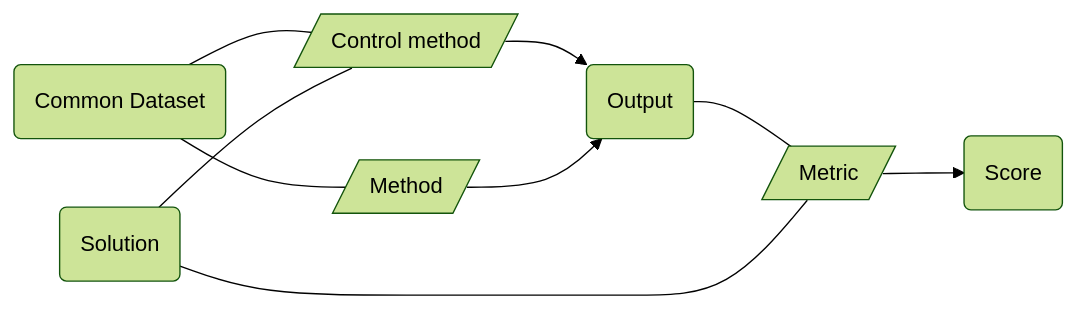
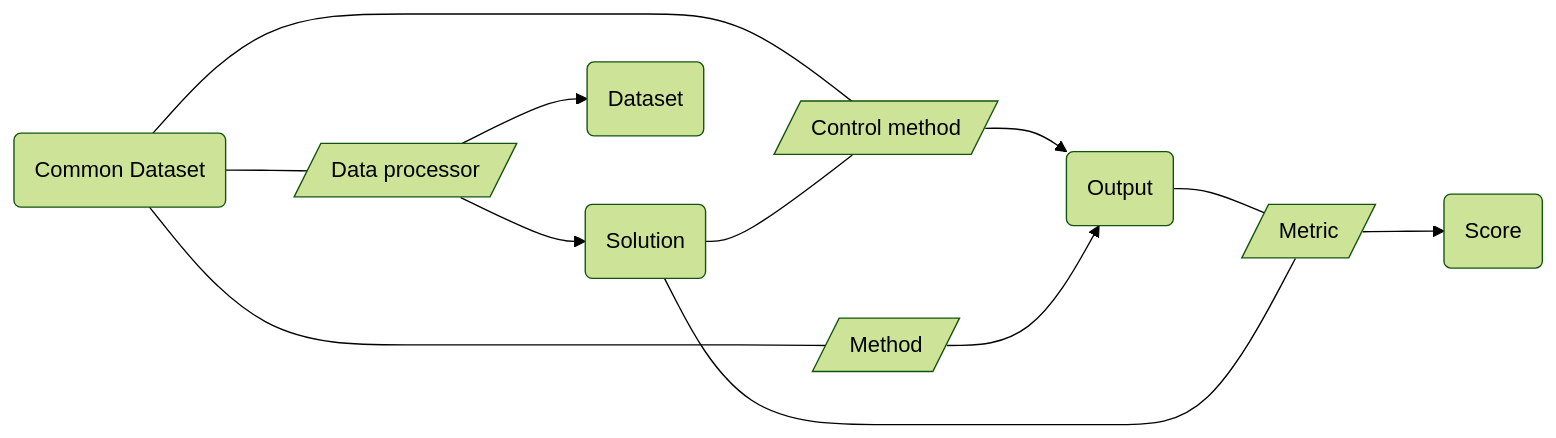
The diagram in src/tasks/spatially_variable_genes/README.md (openproblems-bio/openproblems-v2), drawn with Mermaid (forest theme) before and after one commit. The commit also changed other lines of this file, not shown here.

````diff
--- a/src/tasks/spatially_variable_genes/README.md
+++ b/src/tasks/spatially_variable_genes/README.md
@@ -43,18 +43,23 @@
 ``` mermaid
 flowchart LR
   file_common_dataset("Common Dataset")
   comp_control_method[/"Control method"/]
   comp_method[/"Method"/]
+  comp_process_dataset[/"Data processor"/]
   file_output("Output")
+  file_solution("Solution")
+  file_dataset("Dataset")
   comp_metric[/"Metric"/]
   file_score("Score")
-  file_solution("Solution")
   file_common_dataset---comp_control_method
   file_common_dataset---comp_method
+  file_common_dataset---comp_process_dataset
   comp_control_method-->file_output
   comp_method-->file_output
+  comp_process_dataset-->file_solution
+  comp_process_dataset-->file_dataset
   file_output---comp_metric
-  comp_metric-->file_score
   file_solution---comp_control_method
   file_solution---comp_metric
+  comp_metric-->file_score
 ```
````
